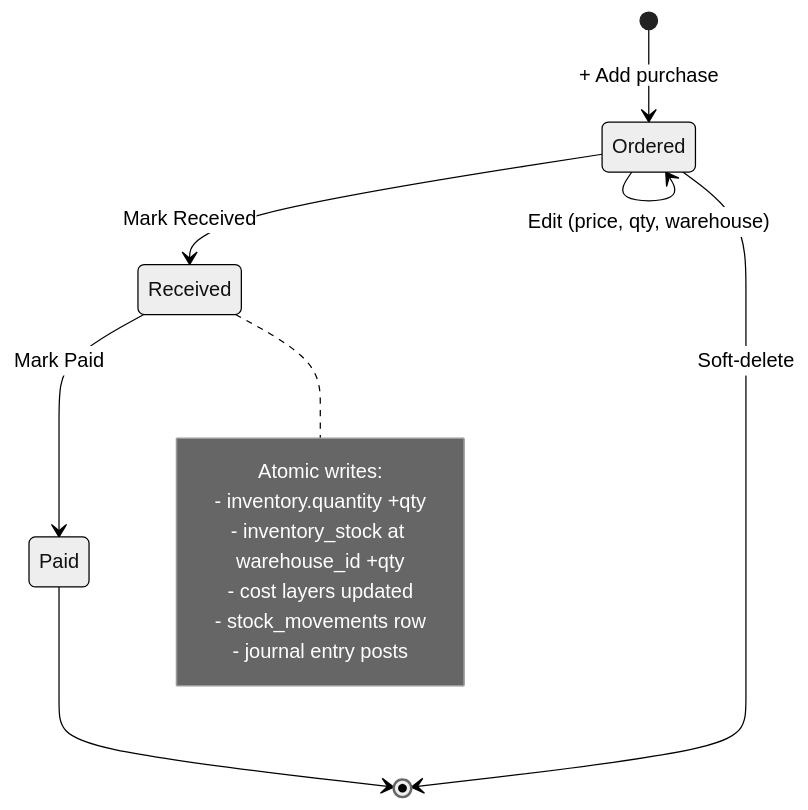
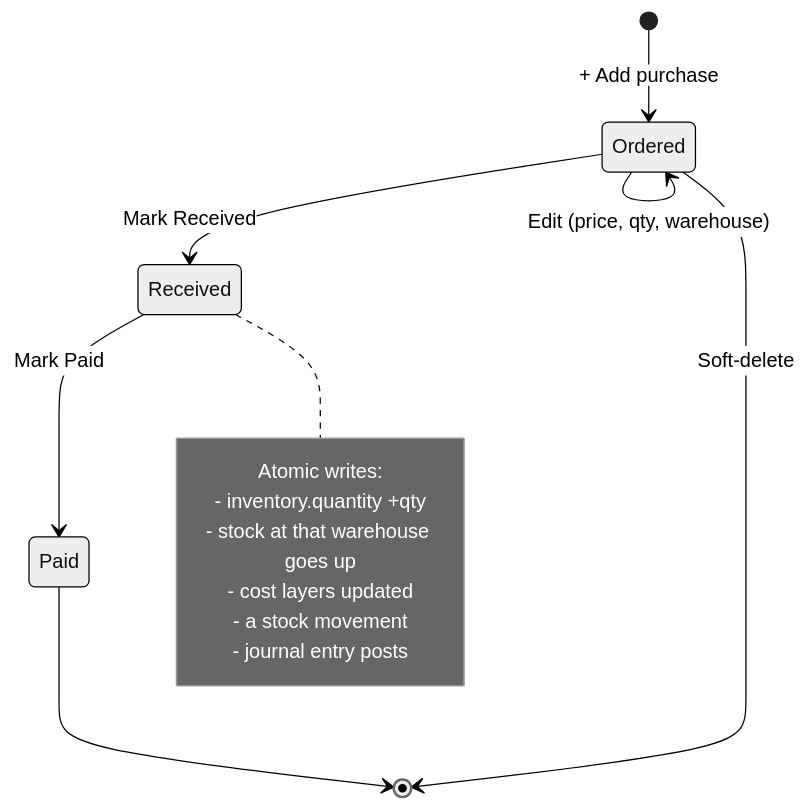
The diagram in docs/manual/docs/operations/purchases.md (quilit-dev/quilit-erp), drawn with Mermaid (neutral theme) before and after one commit. The commit also changed other lines of this file and 58 other files, not shown here.

````diff
--- a/docs/manual/docs/operations/purchases.md
+++ b/docs/manual/docs/operations/purchases.md
@@ -164,18 +164,18 @@
 ```mermaid
 stateDiagram-v2
     [*] --> Ordered : + Add purchase
     Ordered --> Received : Mark Received
     Ordered --> Ordered : Edit (price, qty, warehouse)
     Received --> Paid : Mark Paid
     Paid --> [*]
     Ordered --> [*] : Soft-delete
 
     note right of Received
         Atomic writes:
         - inventory.quantity +qty
-        - inventory_stock at warehouse_id +qty
+        - stock at that warehouse goes up
         - cost layers updated
-        - stock_movements row
+        - a stock movement
         - journal entry posts
     end note
 ```
````
